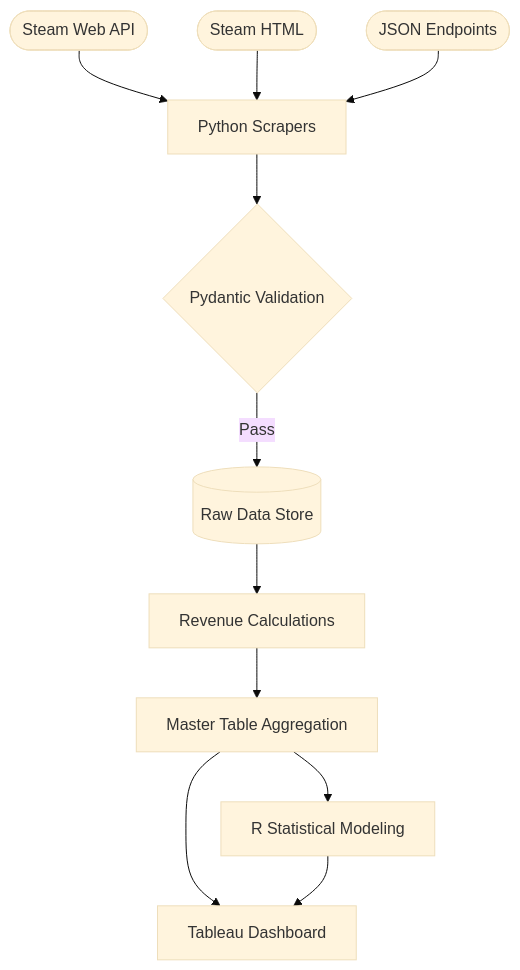
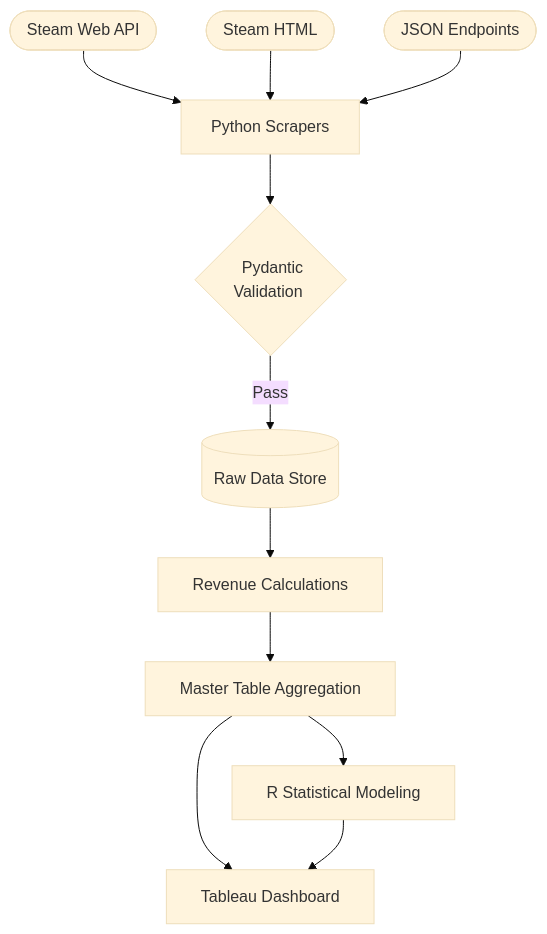
Before and after one commit to abeyer19/Steam-Analytics-Dashboard: the diagram in README.md, drawn with Mermaid (base theme).

Commit message:
Improve formatting of Data Architecture diagram
Updated Mermaid diagram in README to include non-breaking spaces for better formatting.

````diff
--- a/README.md
+++ b/README.md
@@ -19,24 +19,30 @@
 ```mermaid
 graph TD
-    A([Steam Web API])
-    B([Steam HTML])
-    C([JSON Endpoints])
+    %% Sources
+    A([&nbsp;Steam Web API&nbsp;])
+    B([&nbsp;Steam HTML&nbsp;])
+    C([&nbsp;JSON Endpoints&nbsp;])
 
+    %% Extraction
     D[Python Scrapers]
-    E{Pydantic Validation}
+    E{&nbsp;Pydantic<br/>Validation&nbsp;}
 
-    F[(Raw Data Store)]
+    %% Storage
+    F[(&nbsp;Raw Data Store&nbsp;)]
 
-    G[Revenue Calculations]
-    H[Master Table Aggregation]
+    %% Transformation
+    G[&nbsp;Revenue Calculations&nbsp;]
+    H[&nbsp;Master Table Aggregation&nbsp;]
 
-    I[R Statistical Modeling]
-    J[Tableau Dashboard]
+    %% Analysis
+    I[&nbsp;R Statistical Modeling&nbsp;]
+    J[&nbsp;Tableau Dashboard&nbsp;]
 
+    %% Connections
     A & B & C --> D
     D --> E
     E -- Pass --> F
     F --> G --> H
     H --> I & J
     I --> J
 ```
````
